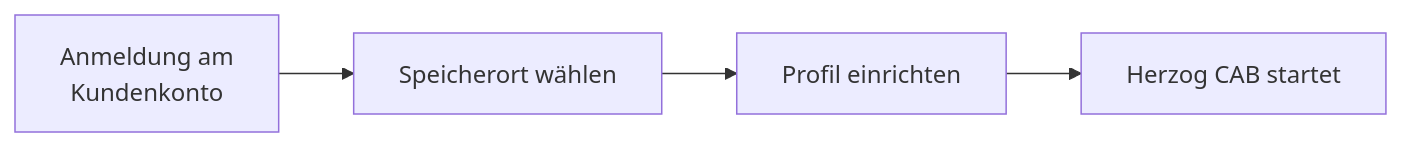
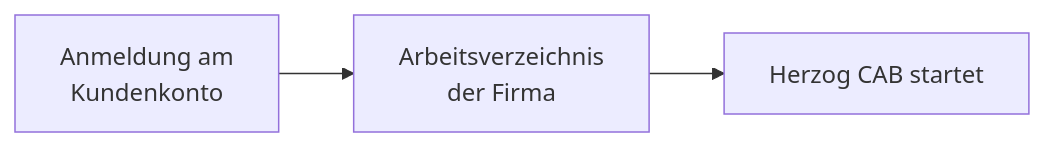
The first of 2 diagrams in docs/setup/first-run.md (Herzog-GmbH/HerzogCAB-Docs), drawn with Mermaid before and after one commit. The commit also changed other lines of this file and 8 other files, not shown here.

First line of the commit message:
Handbuch: Speicherort der Firma und ein Kontingent fuer Programm und Web

````diff
--- a/docs/setup/first-run.md
+++ b/docs/setup/first-run.md
@@ -17,6 +17,5 @@
     ```mermaid
     flowchart LR
-      A[Anmeldung am<br>Kundenkonto] --> B[Speicherort wählen]
-      B --> C[Profil einrichten]
-      C --> D[Herzog CAB startet]
+      A[Anmeldung am<br>Kundenkonto] --> B[Arbeitsverzeichnis<br>der Firma]
+      B --> D[Herzog CAB startet]
     ```
````
